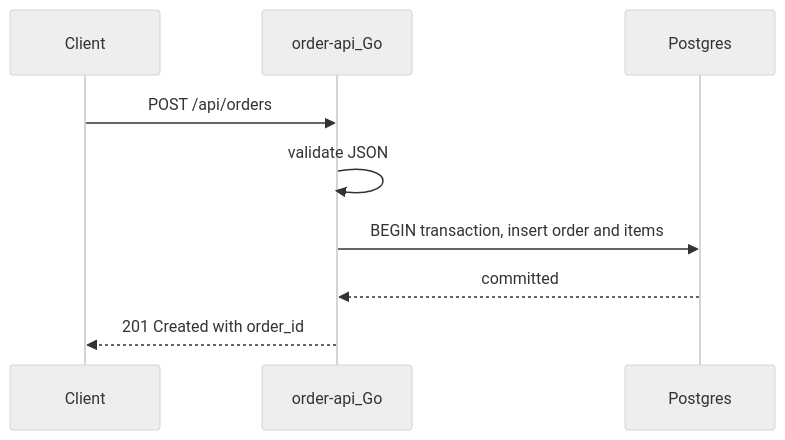
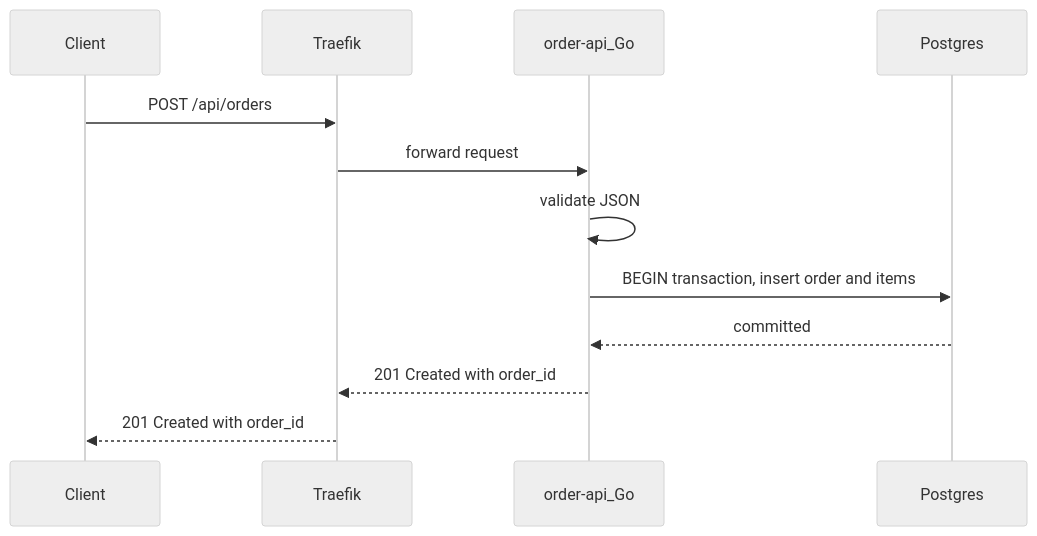
Before and after one commit to ianckc/streamshop-distributed-system: the first of 2 diagrams in docs/docs/data-flows/order-placement.mdx, drawn with Mermaid (neutral theme). The commit also changed other lines of this file and 9 other files, not shown here.

Commit message:
Add Traefik as an API gateway and connect `order-api` (#7)

````diff
--- a/docs/docs/data-flows/order-placement.mdx
+++ b/docs/docs/data-flows/order-placement.mdx
@@ -11,12 +11,15 @@
 ```mermaid
 sequenceDiagram
   participant Client
+  participant Traefik
   participant OrderAPI as order-api_Go
   participant Postgres
 
-  Client->>OrderAPI: POST /api/orders
+  Client->>Traefik: POST /api/orders
+  Traefik->>OrderAPI: forward request
   OrderAPI->>OrderAPI: validate JSON
   OrderAPI->>Postgres: BEGIN transaction, insert order and items
   Postgres-->>OrderAPI: committed
-  OrderAPI-->>Client: 201 Created with order_id
+  OrderAPI-->>Traefik: 201 Created with order_id
+  Traefik-->>Client: 201 Created with order_id
 ```
````
